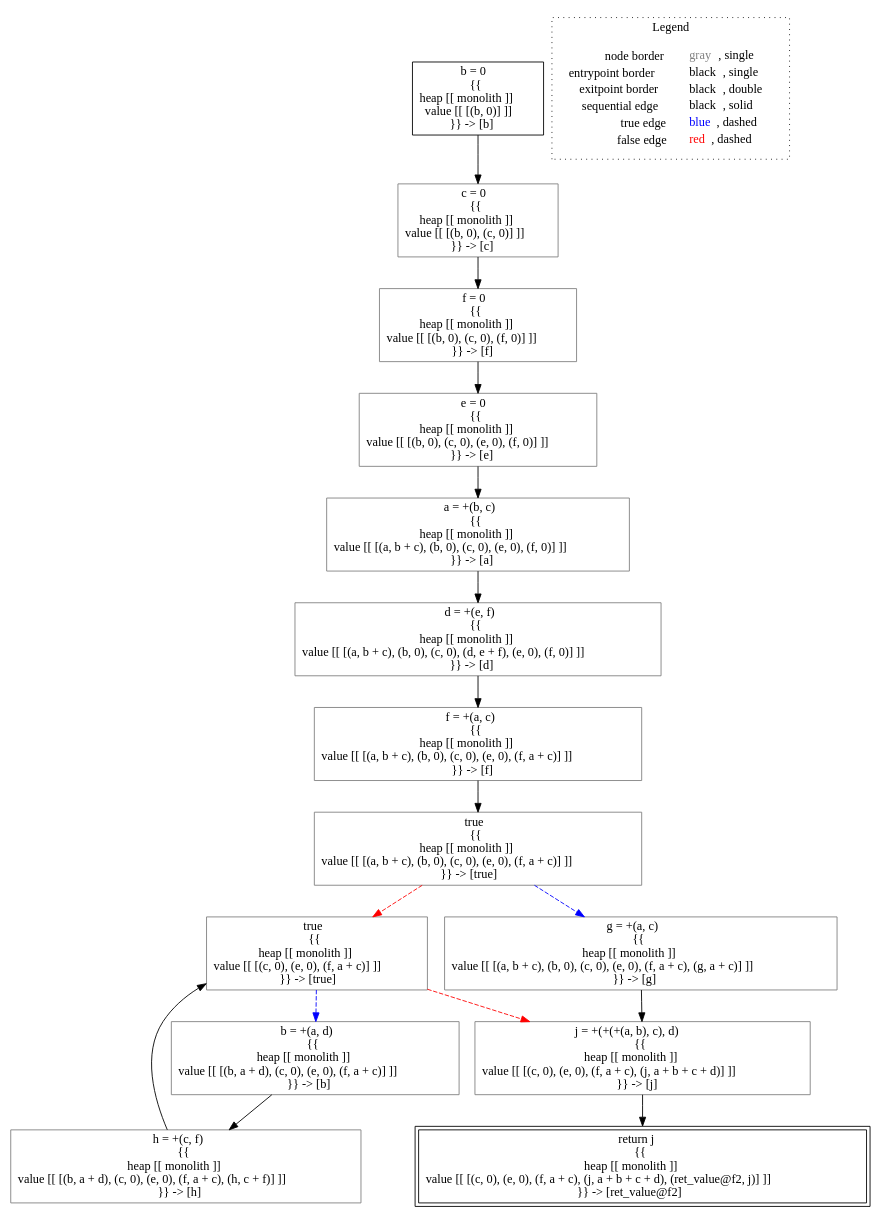
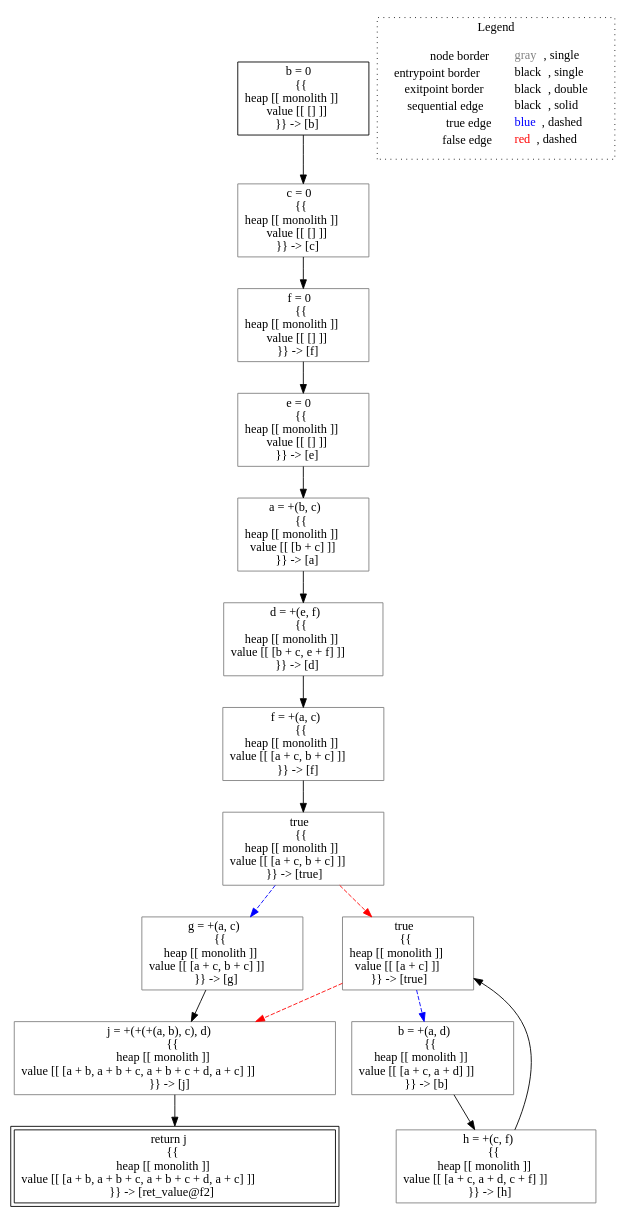
One commit to lisa-analyzer/lisa changed the diagram in lisa/imp-testcases/available-expressions/analysis___untyped_ae.f2(ae_this).dot. Above: the diagram before and after it, drawn with Graphviz. The commit also changed 9 other files, not shown here.

```diff
--- a/lisa/imp-testcases/available-expressions/analysis___untyped_ae.f2(ae_this).dot
+++ b/lisa/imp-testcases/available-expressions/analysis___untyped_ae.f2(ae_this).dot
@@ -1,38 +1,38 @@
 digraph {
-	"node0" [shape="rect",color="black",label=<b = 0<BR/>{{<BR/>heap [[ monolith ]]<BR/>value [[ [(b, 0)] ]]<BR/>}} -&gt; [b]>];
-	"node1" [shape="rect",color="gray",label=<b = +(a, d)<BR/>{{<BR/>heap [[ monolith ]]<BR/>value [[ [(b, a + d), (c, 0), (e, 0), (f, a + c)] ]]<BR/>}} -&gt; [b]>];
-	"node2" [shape="rect",color="black",peripheries="2",label=<return j<BR/>{{<BR/>heap [[ monolith ]]<BR/>value [[ [(c, 0), (e, 0), (f, a + c), (j, a + b + c + d), (ret_value@f2, j)] ]]<BR/>}} -&gt; [ret_value@f2]>];
-	"node3" [shape="rect",color="gray",label=<f = +(a, c)<BR/>{{<BR/>heap [[ monolith ]]<BR/>value [[ [(a, b + c), (b, 0), (c, 0), (e, 0), (f, a + c)] ]]<BR/>}} -&gt; [f]>];
-	"node4" [shape="rect",color="gray",label=<h = +(c, f)<BR/>{{<BR/>heap [[ monolith ]]<BR/>value [[ [(b, a + d), (c, 0), (e, 0), (f, a + c), (h, c + f)] ]]<BR/>}} -&gt; [h]>];
-	"node5" [shape="rect",color="gray",label=<f = 0<BR/>{{<BR/>heap [[ monolith ]]<BR/>value [[ [(b, 0), (c, 0), (f, 0)] ]]<BR/>}} -&gt; [f]>];
-	"node6" [shape="rect",color="gray",label=<true<BR/>{{<BR/>heap [[ monolith ]]<BR/>value [[ [(c, 0), (e, 0), (f, a + c)] ]]<BR/>}} -&gt; [true]>];
-	"node7" [shape="rect",color="gray",label=<d = +(e, f)<BR/>{{<BR/>heap [[ monolith ]]<BR/>value [[ [(a, b + c), (b, 0), (c, 0), (d, e + f), (e, 0), (f, 0)] ]]<BR/>}} -&gt; [d]>];
-	"node8" [shape="rect",color="gray",label=<a = +(b, c)<BR/>{{<BR/>heap [[ monolith ]]<BR/>value [[ [(a, b + c), (b, 0), (c, 0), (e, 0), (f, 0)] ]]<BR/>}} -&gt; [a]>];
-	"node9" [shape="rect",color="gray",label=<e = 0<BR/>{{<BR/>heap [[ monolith ]]<BR/>value [[ [(b, 0), (c, 0), (e, 0), (f, 0)] ]]<BR/>}} -&gt; [e]>];
-	"node10" [shape="rect",color="gray",label=<j = +(+(+(a, b), c), d)<BR/>{{<BR/>heap [[ monolith ]]<BR/>value [[ [(c, 0), (e, 0), (f, a + c), (j, a + b + c + d)] ]]<BR/>}} -&gt; [j]>];
-	"node11" [shape="rect",color="gray",label=<c = 0<BR/>{{<BR/>heap [[ monolith ]]<BR/>value [[ [(b, 0), (c, 0)] ]]<BR/>}} -&gt; [c]>];
-	"node12" [shape="rect",color="gray",label=<true<BR/>{{<BR/>heap [[ monolith ]]<BR/>value [[ [(a, b + c), (b, 0), (c, 0), (e, 0), (f, a + c)] ]]<BR/>}} -&gt; [true]>];
-	"node13" [shape="rect",color="gray",label=<g = +(a, c)<BR/>{{<BR/>heap [[ monolith ]]<BR/>value [[ [(a, b + c), (b, 0), (c, 0), (e, 0), (f, a + c), (g, a + c)] ]]<BR/>}} -&gt; [g]>];
-	"node0" -> "node11" [color="black"];
+	"node0" [shape="rect",color="black",label=<b = 0<BR/>{{<BR/>heap [[ monolith ]]<BR/>value [[ [] ]]<BR/>}} -&gt; [b]>];
+	"node1" [shape="rect",color="gray",label=<f = 0<BR/>{{<BR/>heap [[ monolith ]]<BR/>value [[ [] ]]<BR/>}} -&gt; [f]>];
+	"node2" [shape="rect",color="gray",label=<true<BR/>{{<BR/>heap [[ monolith ]]<BR/>value [[ [a + c, b + c] ]]<BR/>}} -&gt; [true]>];
+	"node3" [shape="rect",color="gray",label=<c = 0<BR/>{{<BR/>heap [[ monolith ]]<BR/>value [[ [] ]]<BR/>}} -&gt; [c]>];
+	"node4" [shape="rect",color="gray",label=<e = 0<BR/>{{<BR/>heap [[ monolith ]]<BR/>value [[ [] ]]<BR/>}} -&gt; [e]>];
+	"node5" [shape="rect",color="gray",label=<g = +(a, c)<BR/>{{<BR/>heap [[ monolith ]]<BR/>value [[ [a + c, b + c] ]]<BR/>}} -&gt; [g]>];
+	"node6" [shape="rect",color="gray",label=<b = +(a, d)<BR/>{{<BR/>heap [[ monolith ]]<BR/>value [[ [a + c, a + d] ]]<BR/>}} -&gt; [b]>];
+	"node7" [shape="rect",color="gray",label=<d = +(e, f)<BR/>{{<BR/>heap [[ monolith ]]<BR/>value [[ [b + c, e + f] ]]<BR/>}} -&gt; [d]>];
+	"node8" [shape="rect",color="gray",label=<j = +(+(+(a, b), c), d)<BR/>{{<BR/>heap [[ monolith ]]<BR/>value [[ [a + b, a + b + c, a + b + c + d, a + c] ]]<BR/>}} -&gt; [j]>];
+	"node9" [shape="rect",color="gray",label=<f = +(a, c)<BR/>{{<BR/>heap [[ monolith ]]<BR/>value [[ [a + c, b + c] ]]<BR/>}} -&gt; [f]>];
+	"node10" [shape="rect",color="gray",label=<true<BR/>{{<BR/>heap [[ monolith ]]<BR/>value [[ [a + c] ]]<BR/>}} -&gt; [true]>];
+	"node11" [shape="rect",color="gray",label=<a = +(b, c)<BR/>{{<BR/>heap [[ monolith ]]<BR/>value [[ [b + c] ]]<BR/>}} -&gt; [a]>];
+	"node12" [shape="rect",color="gray",label=<h = +(c, f)<BR/>{{<BR/>heap [[ monolith ]]<BR/>value [[ [a + c, a + d, c + f] ]]<BR/>}} -&gt; [h]>];
+	"node13" [shape="rect",color="black",peripheries="2",label=<return j<BR/>{{<BR/>heap [[ monolith ]]<BR/>value [[ [a + b, a + b + c, a + b + c + d, a + c] ]]<BR/>}} -&gt; [ret_value@f2]>];
 	"node1" -> "node4" [color="black"];
-	"node3" -> "node12" [color="black"];
-	"node4" -> "node6" [color="black"];
-	"node5" -> "node9" [color="black"];
-	"node6" -> "node1" [color="blue",style="dashed"];
-	"node6" -> "node10" [color="red",style="dashed"];
-	"node7" -> "node3" [color="black"];
-	"node8" -> "node7" [color="black"];
-	"node9" -> "node8" [color="black"];
-	"node10" -> "node2" [color="black"];
-	"node11" -> "node5" [color="black"];
-	"node12" -> "node6" [color="red",style="dashed"];
-	"node12" -> "node13" [color="blue",style="dashed"];
-	"node13" -> "node10" [color="black"];
+	"node2" -> "node5" [color="blue",style="dashed"];
+	"node2" -> "node10" [color="red",style="dashed"];
+	"node3" -> "node1" [color="black"];
+	"node4" -> "node11" [color="black"];
+	"node5" -> "node8" [color="black"];
+	"node6" -> "node12" [color="black"];
+	"node7" -> "node9" [color="black"];
+	"node8" -> "node13" [color="black"];
+	"node9" -> "node2" [color="black"];
+	"node10" -> "node6" [color="blue",style="dashed"];
+	"node10" -> "node8" [color="red",style="dashed"];
+	"node11" -> "node7" [color="black"];
+	"node12" -> "node10" [color="black"];
+	"node0" -> "node3" [color="black"];
 subgraph cluster_legend {
 	label="Legend";
 	style=dotted;
 	node [shape=plaintext];
 	"legend" [label=<<table border="0" cellpadding="2" cellspacing="0" cellborder="0"><tr><td align="right">node border&nbsp;</td><td align="left"><font color="gray">gray</font>, single</td></tr><tr><td align="right">entrypoint border&nbsp;</td><td align="left"><font color="black">black</font>, single</td></tr><tr><td align="right">exitpoint border&nbsp;</td><td align="left"><font color="black">black</font>, double</td></tr><tr><td align="right">sequential edge&nbsp;</td><td align="left"><font color="black">black</font>, solid</td></tr><tr><td align="right">true edge&nbsp;</td><td align="left"><font color="blue">blue</font>, dashed</td></tr><tr><td align="right">false edge&nbsp;</td><td align="left"><font color="red">red</font>, dashed</td></tr></table>>];
 }
 
 }
```
